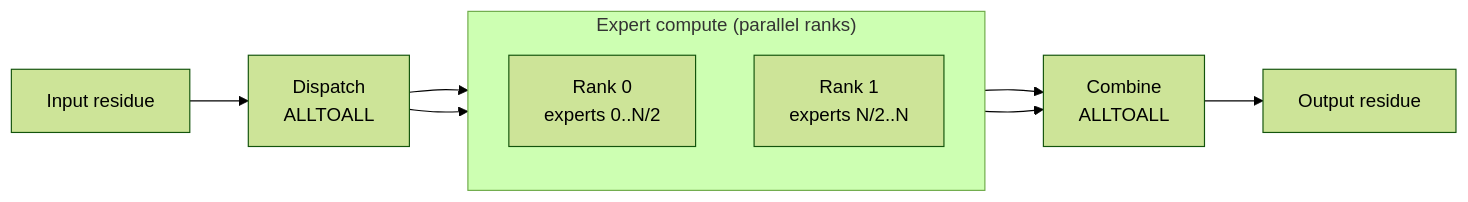
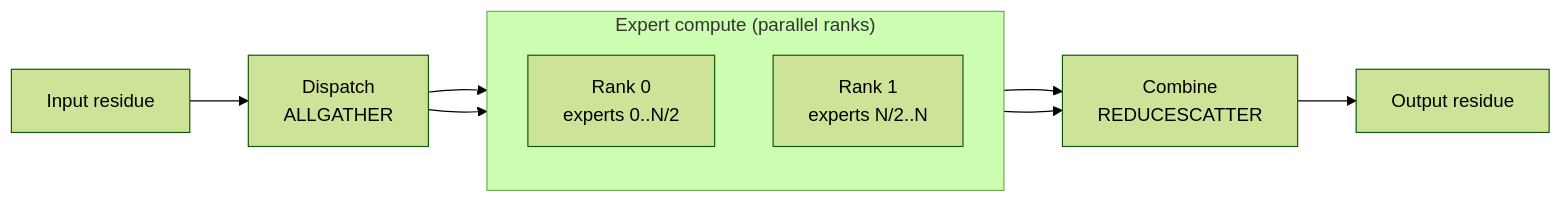
The third of 5 diagrams in docs/docs/simulator/parallelism-mechanics.md (casys-kaist/LLMServingSim), drawn with Mermaid (forest theme) before and after one commit. The commit also changed other lines of this file and 15 other files, not shown here.

````diff
--- a/docs/docs/simulator/parallelism-mechanics.md
+++ b/docs/docs/simulator/parallelism-mechanics.md
@@ -120,14 +120,14 @@
 ```mermaid
 flowchart LR
-    INPUT[Input residue] --> DISP["Dispatch<br/>ALLTOALL"]
+    INPUT[Input residue] --> DISP["Dispatch<br/>ALLGATHER"]
     subgraph EXP["Expert compute (parallel ranks)"]
         direction TB
         E0["Rank 0<br/>experts 0..N/2"]
         E1["Rank 1<br/>experts N/2..N"]
     end
     DISP --> E0
     DISP --> E1
-    E0 --> COMB["Combine<br/>ALLTOALL"]
+    E0 --> COMB["Combine<br/>REDUCESCATTER"]
     E1 --> COMB
     COMB --> OUTPUT[Output residue]
 ```
````
